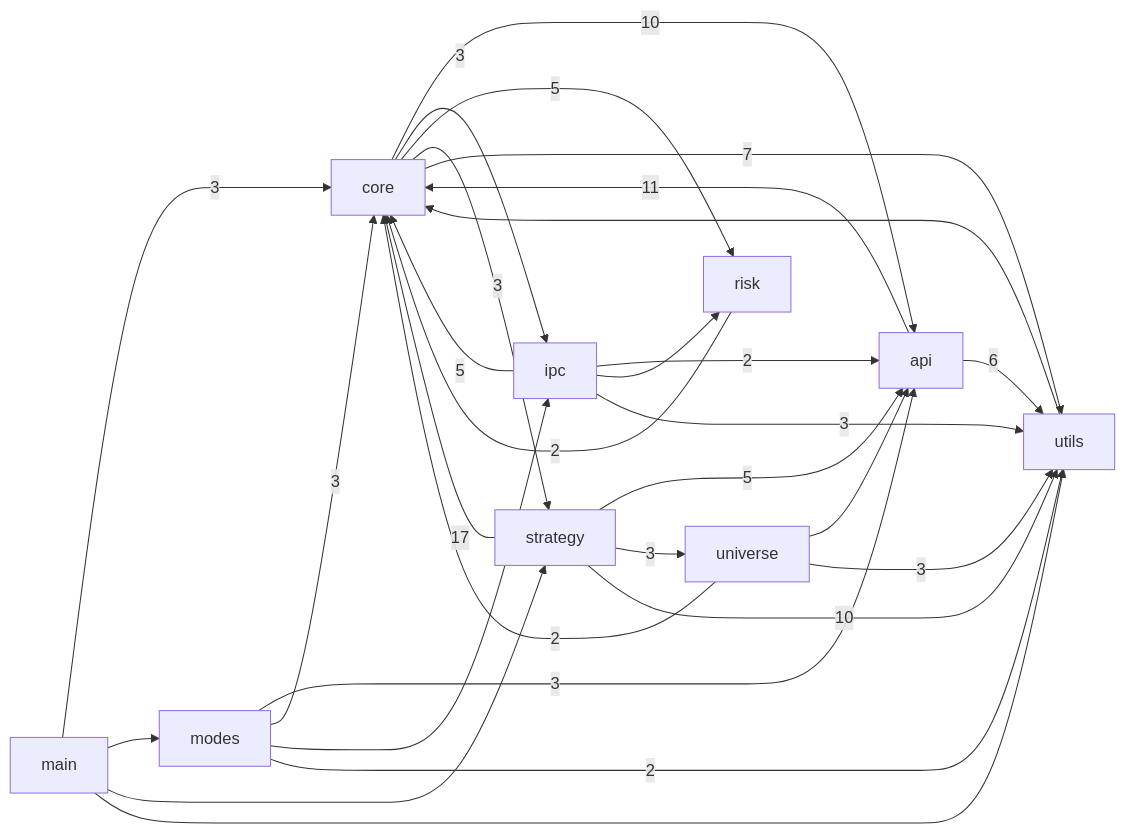
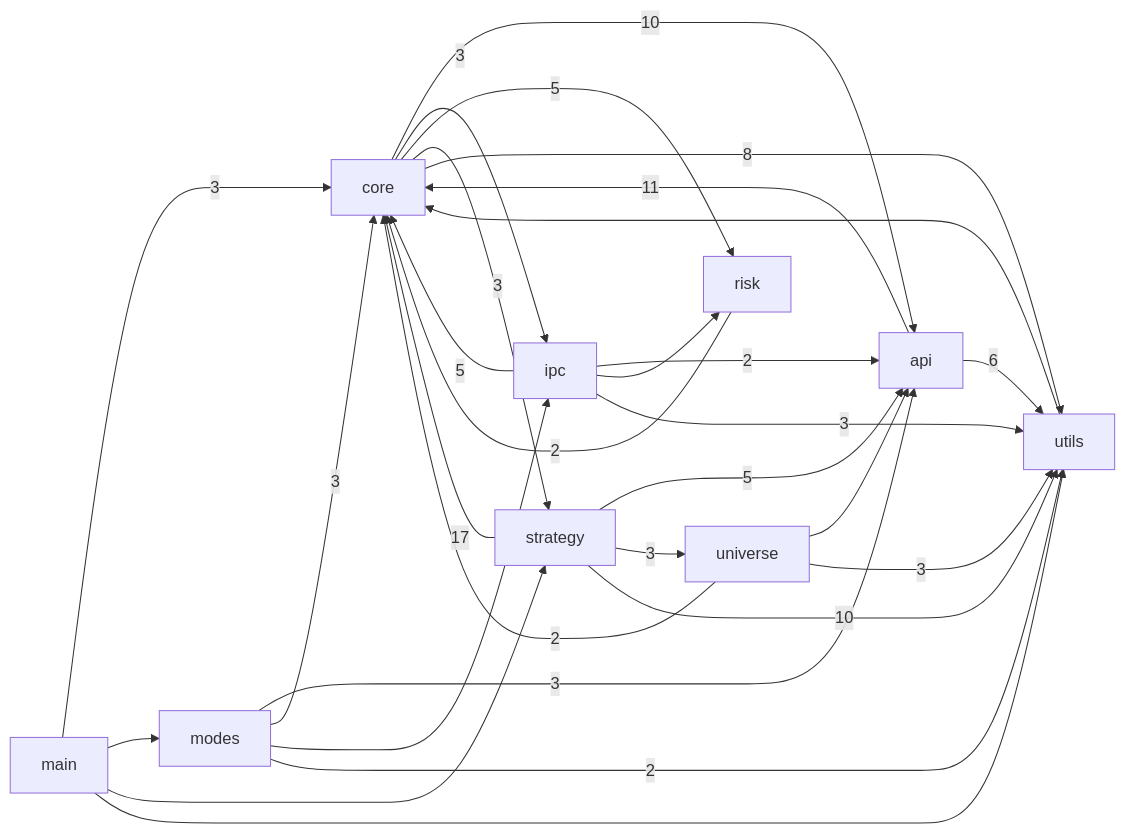
One commit to pypy8171/Quant changed the first of 3 diagrams in docs/CODE_GRAPH.md. Above: the diagram before and after it, drawn with Mermaid. The commit also changed other lines of this file and 11 other files, not shown here.

````diff
--- a/docs/CODE_GRAPH.md
+++ b/docs/CODE_GRAPH.md
@@ -10,40 +10,40 @@
 ```mermaid
 graph LR
   main[main]
   modes[modes]
   core[core]
   strategy[strategy]
   api[api]
   universe[universe]
   risk[risk]
   ipc[ipc]
   utils[utils]
   api -->|11| core
   api -->|6| utils
   core -->|10| api
   core -->|3| ipc
   core -->|5| risk
   core -->|3| strategy
-  core -->|7| utils
+  core -->|8| utils
   ipc -->|2| api
   ipc -->|5| core
   ipc --> risk
   ipc -->|3| utils
   main -->|3| core
   main --> modes
   main --> strategy
   main --> utils
   modes -->|3| api
   modes -->|3| core
   modes --> ipc
   modes -->|2| utils
   risk -->|2| core
   strategy -->|5| api
   strategy -->|17| core
   strategy -->|3| universe
   strategy -->|10| utils
   universe --> api
   universe -->|2| core
   universe -->|3| utils
   utils --> core
 ```
````
